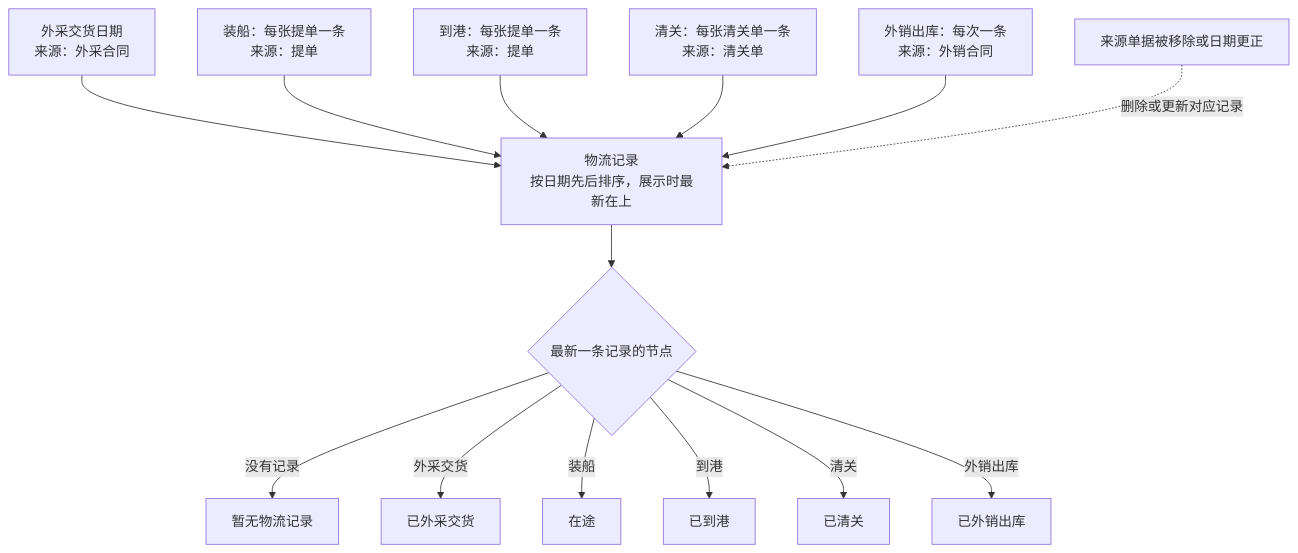
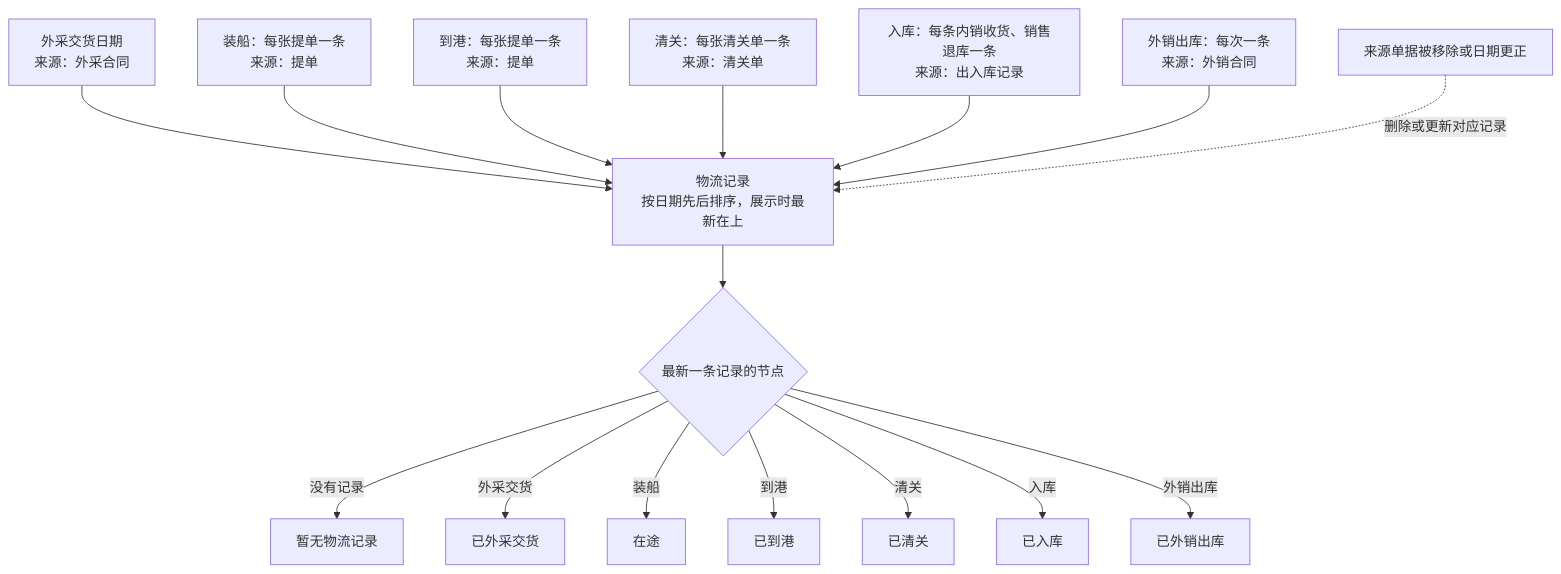
The second of 4 diagrams in asset-trust-platform/PRD/运营端/M5-车辆履约/02-车辆履约-流程图与状态机.md (wxblockchain/Chain-Financing), drawn with Mermaid before and after one commit. The commit also changed other lines of this file and 3 other files, not shown here.

````diff
--- a/asset-trust-platform/PRD/运营端/M5-车辆履约/02-车辆履约-流程图与状态机.md
+++ b/asset-trust-platform/PRD/运营端/M5-车辆履约/02-车辆履约-流程图与状态机.md
@@ -49,16 +49,18 @@
 ```mermaid
 flowchart TD
     E1[外采交货日期<br/>来源：外采合同] --> REC
     E2[装船：每张提单一条<br/>来源：提单] --> REC
     E3[到港：每张提单一条<br/>来源：提单] --> REC
     E4[清关：每张清关单一条<br/>来源：清关单] --> REC
+    E6[入库：每条内销收货、销售退库一条<br/>来源：出入库记录] --> REC
     E5[外销出库：每次一条<br/>来源：外销合同] --> REC
     REC[物流记录<br/>按日期先后排序，展示时最新在上] --> L{最新一条记录的节点}
     L -->|没有记录| S0[暂无物流记录]
     L -->|外采交货| S1[已外采交货]
     L -->|装船| S2[在途]
     L -->|到港| S3[已到港]
     L -->|清关| S4[已清关]
+    L -->|入库| S6[已入库]
     L -->|外销出库| S5[已外销出库]
     X[来源单据被移除或日期更正] -. 删除或更新对应记录 .-> REC
 ```
````
